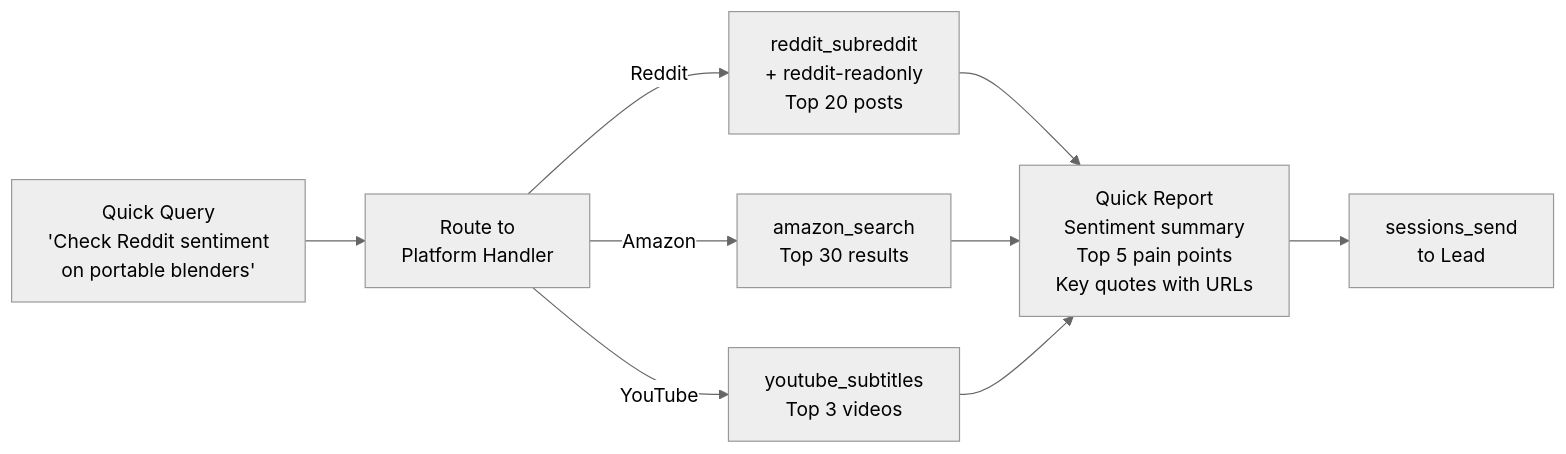
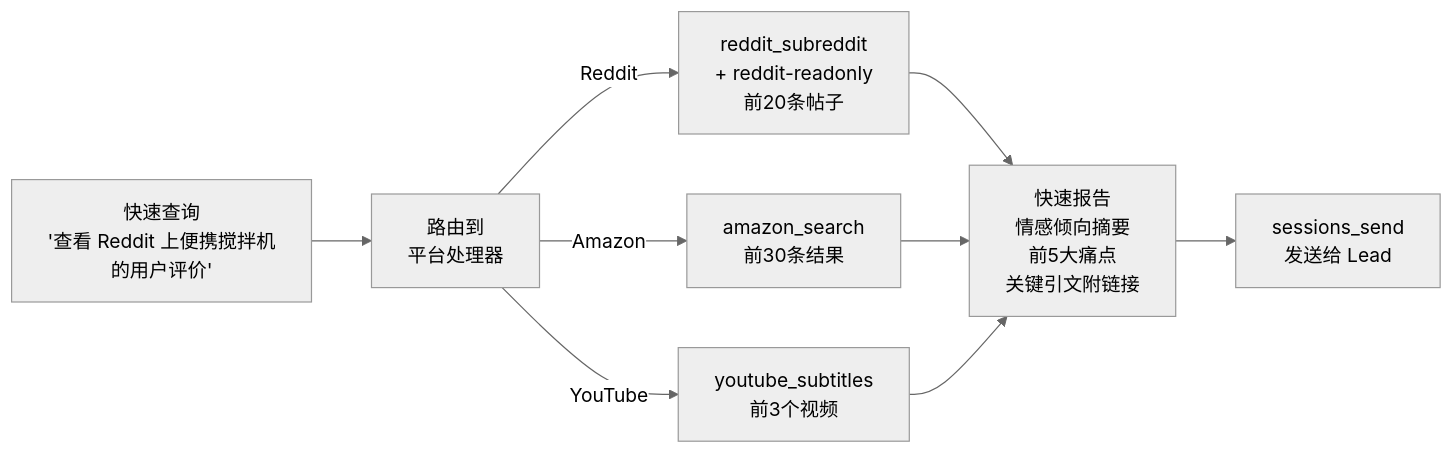
The second of 4 diagrams in plans/PLAN-voc-analyst.md (chan-kinghin/e-commerce-claw), drawn with Mermaid (neutral theme) before and after one commit. The commit also changed other lines of this file and 55 other files, not shown here.

````diff
--- a/plans/PLAN-voc-analyst.md
+++ b/plans/PLAN-voc-analyst.md
@@ -231,11 +229,11 @@
 ```mermaid
 graph LR
-    INPUT["Quick Query<br/>'Check Reddit sentiment<br/>on portable blenders'"] --> ROUTE["Route to<br/>Platform Handler"]
-    ROUTE -->|Reddit| REDDIT_QUICK["reddit_subreddit<br/>+ reddit-readonly<br/>Top 20 posts"]
-    ROUTE -->|Amazon| AMAZON_QUICK["amazon_search<br/>Top 30 results"]
-    ROUTE -->|YouTube| YT_QUICK["youtube_subtitles<br/>Top 3 videos"]
-    REDDIT_QUICK --> FORMAT["Quick Report<br/>Sentiment summary<br/>Top 5 pain points<br/>Key quotes with URLs"]
+    INPUT["快速查询<br/>'查看 Reddit 上便携搅拌机<br/>的用户评价'"] --> ROUTE["路由到<br/>平台处理器"]
+    ROUTE -->|Reddit| REDDIT_QUICK["reddit_subreddit<br/>+ reddit-readonly<br/>前20条帖子"]
+    ROUTE -->|Amazon| AMAZON_QUICK["amazon_search<br/>前30条结果"]
+    ROUTE -->|YouTube| YT_QUICK["youtube_subtitles<br/>前3个视频"]
+    REDDIT_QUICK --> FORMAT["快速报告<br/>情感倾向摘要<br/>前5大痛点<br/>关键引文附链接"]
     AMAZON_QUICK --> FORMAT
     YT_QUICK --> FORMAT
-    FORMAT --> DELIVER["sessions_send<br/>to Lead"]
+    FORMAT --> DELIVER["sessions_send<br/>发送给 Lead"]
 ```
````
